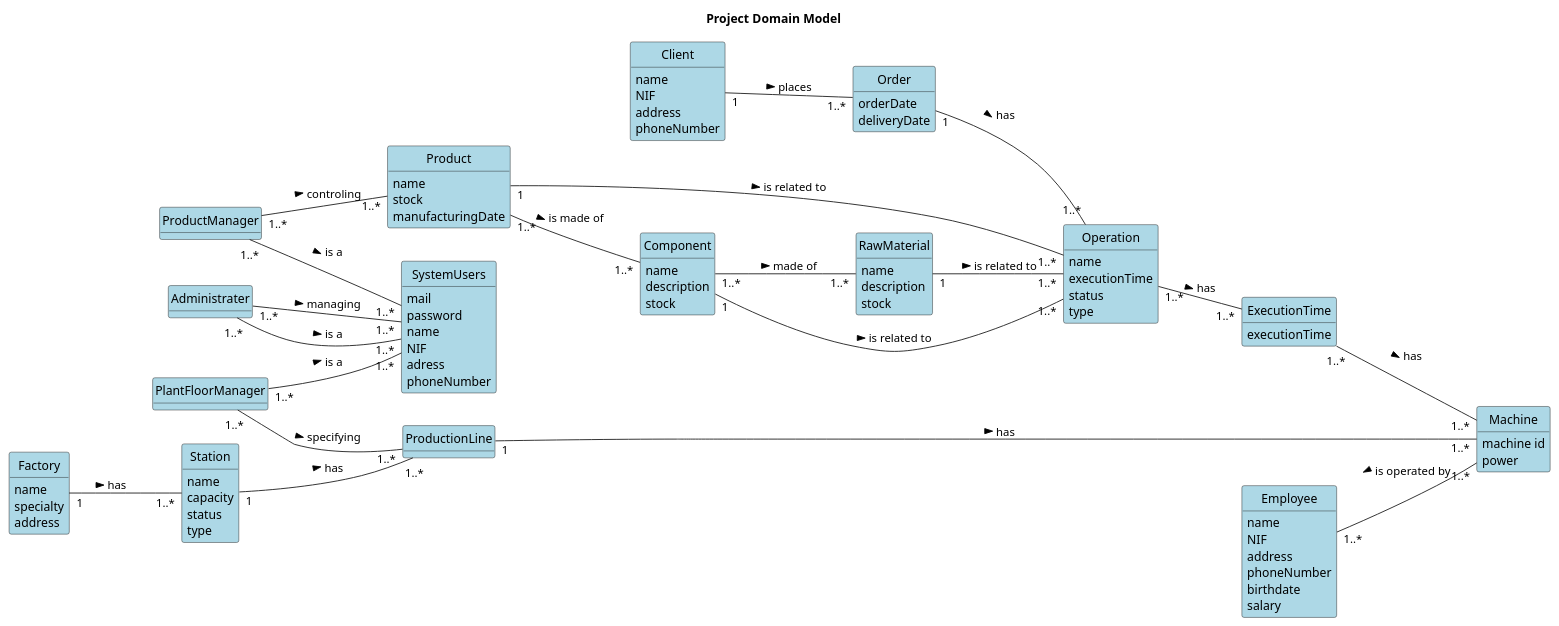
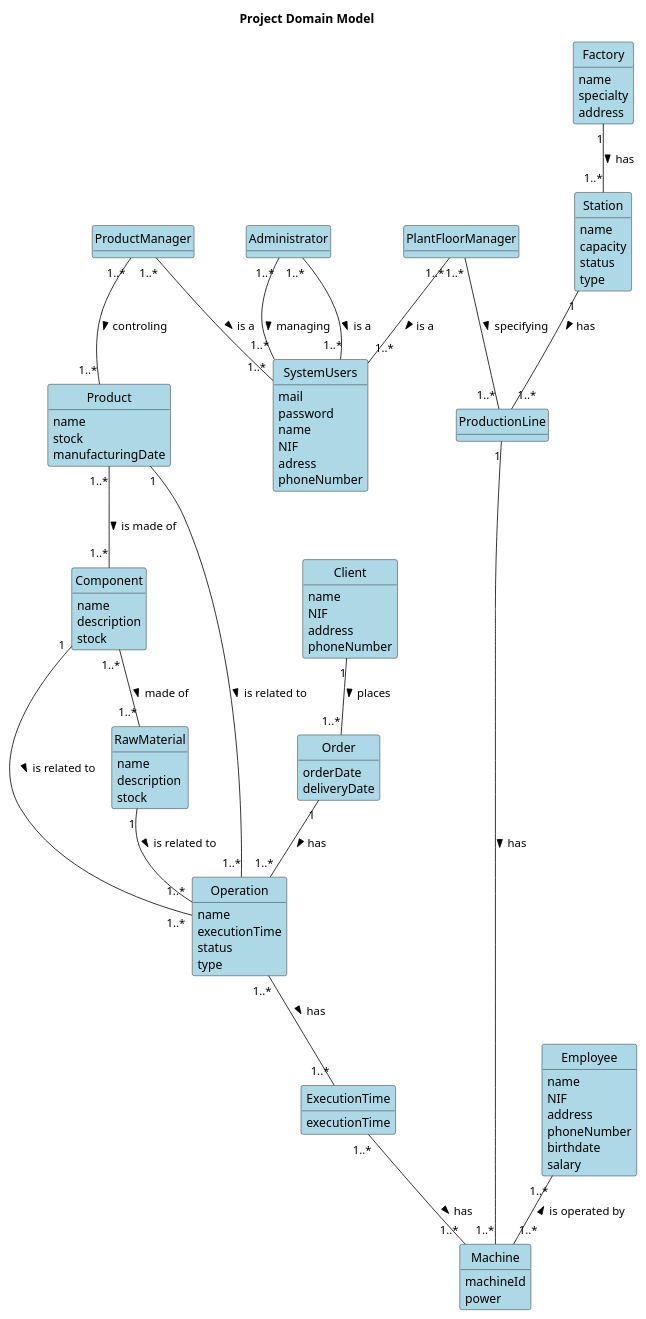
One commit to ricardomm7/buildflow changed the diagram in others/documentation/global-artifacts/domain-model.puml. Above: the diagram before and after it, drawn with PlantUML. The commit also changed 10 other files, not shown here.

```diff
--- a/others/documentation/global-artifacts/domain-model.puml
+++ b/others/documentation/global-artifacts/domain-model.puml
@@ -1,120 +1,121 @@
 @startuml
 skinparam classBackgroundColor #ADD8E6
 skinparam packageStyle rectangle
 skinparam shadowing false
 skinparam classAttributeIconSize 0
 hide circle
 hide methods
-left to right direction
+'left to right direction
 
 title Project Domain Model
 
 class ProductionLine{
 
 }
-class Administrater{
+class Administrator{
 
 }
 class SystemUsers{
     mail
     password
     name
     NIF
     adress
     phoneNumber
 }
 class PlantFloorManager{
 
 }
 class ProductManager{
 
 }
 class ExecutionTime{
     executionTime
 }
 class RawMaterial {
     name
     description
     stock
 }
 
 class Product {
     name
     stock
     manufacturingDate
 }
 
 class Component {
     name
     description
     stock
 }
 
 class Machine {
-    machine id
+    machineId
     power
 }
 
 class Employee {
     name
     NIF
     address
     phoneNumber
     birthdate
     salary
 }
 
 class Operation {
     name
     executionTime
     status
     type
 }
 
 class Station {
     name
     capacity
     status
     type
 }
 
 class Factory {
     name
     specialty
     address
 }
 
 class Order {
+    product(s)
     orderDate
     deliveryDate
 }
 
 class Client {
     name
     NIF
     address
     phoneNumber
 }
 
-Administrater"1..*" -- "1..*" SystemUsers: is a >
+Administrator"1..*" -- "1..*" SystemUsers: is a >
 ProductManager"1..*" -- "1..*" SystemUsers: is a >
 PlantFloorManager"1..*" -- "1..*" SystemUsers: is a >
-Administrater"1..*" -- "1..*" SystemUsers: managing >
+Administrator"1..*" -- "1..*" SystemUsers: managing >
 PlantFloorManager"1..*" -- "1..*" ProductionLine: specifying >
 ProductionLine "1" -- "1..*" Machine: has >
 ProductManager "1..*" -- "1..*" Product: controling >
 Component "1..*" -- "1..*" RawMaterial: made of >
 Product "1..*" -- "1..*" Component : is made of >
 Component "1" -- "1..*" Operation : is related to >
 RawMaterial "1" -- "1..*" Operation : is related to >
 Product "1" -- "1..*" Operation : is related to >
 Order "1" -- "1..*" Operation : has >
 'assumindo que não existem encomendas iguais
 Client "1" -- "1..*" Order : places >
 ExecutionTime "1..*" -- "1..*" Machine : has >
 Operation "1..*" -- "1..*" ExecutionTime : has >
 Employee "1..*" -- "1..*" Machine : is operated by <
 Station "1" -- "1..*" ProductionLine : has >
 Factory "1" -- "1..*" Station : has >
 
 @enduml
```
